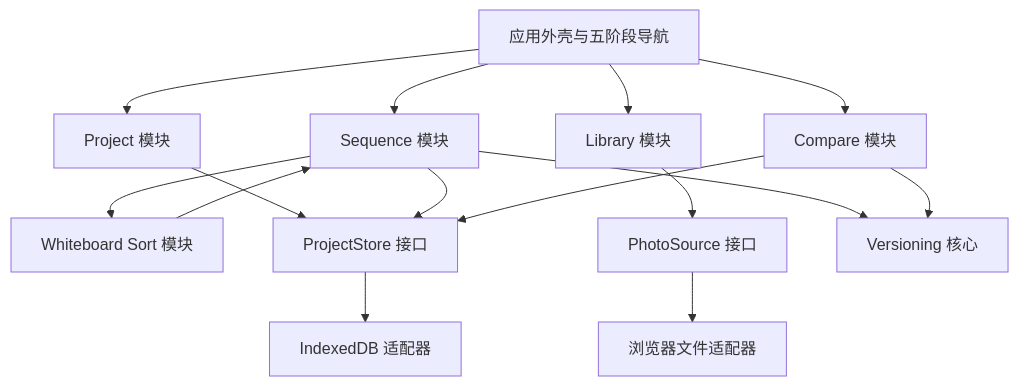
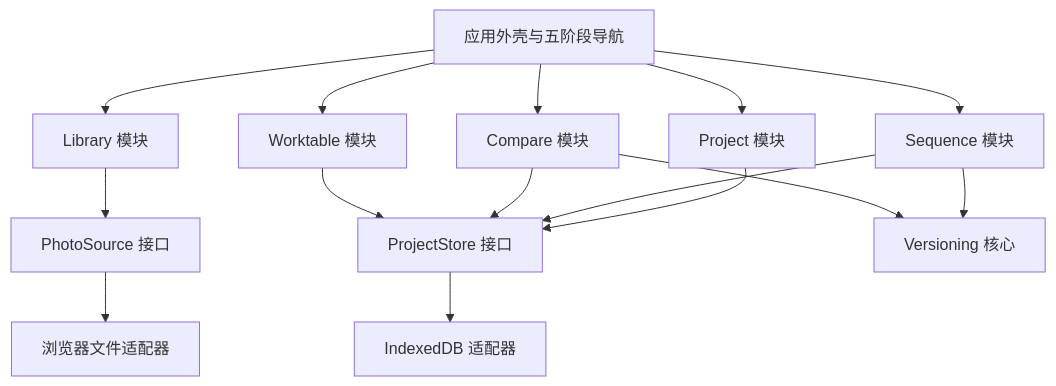
Before and after one commit to maadjdot/Photoflex: the second of 7 diagrams in MVP_Sequence/photoflex-MVP/docs/PhotoFlex MVP 系统架构方案.md, drawn with Mermaid. The commit also changed other lines of this file and 58 other files, not shown here.

Commit message:
Implement PhotoFlex worktable and sequence workflows

````diff
--- a/MVP_Sequence/photoflex-MVP/docs/PhotoFlex MVP 系统架构方案.md
+++ b/MVP_Sequence/photoflex-MVP/docs/PhotoFlex MVP 系统架构方案.md
@@ -52,22 +54,22 @@
 ```mermaid
 flowchart TB
     UI[应用外壳与五阶段导航]
 
     UI --> Project[Project 模块]
     UI --> Library[Library 模块]
     UI --> Sequence[Sequence 模块]
     UI --> Compare[Compare 模块]
-    Sequence --> Whiteboard[Whiteboard Sort 模块]
+    UI --> Worktable[Worktable 模块]
 
     Project --> StorePort[ProjectStore 接口]
     Library --> SourcePort[PhotoSource 接口]
     Sequence --> StorePort
     Compare --> StorePort
 
     StorePort --> IndexedDB[IndexedDB 适配器]
     SourcePort --> BrowserFiles[浏览器文件适配器]
 
     Sequence --> Versioning[Versioning 核心]
     Compare --> Versioning
-    Whiteboard --> Sequence
+    Worktable --> StorePort
 ```
````
